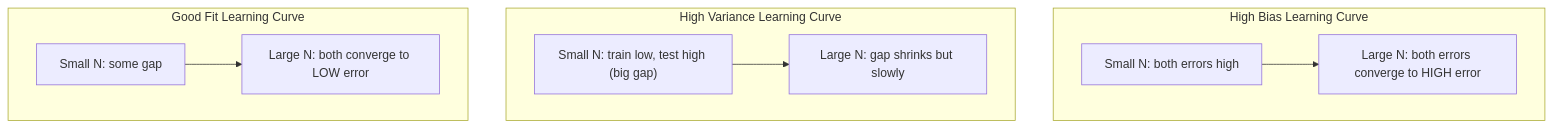
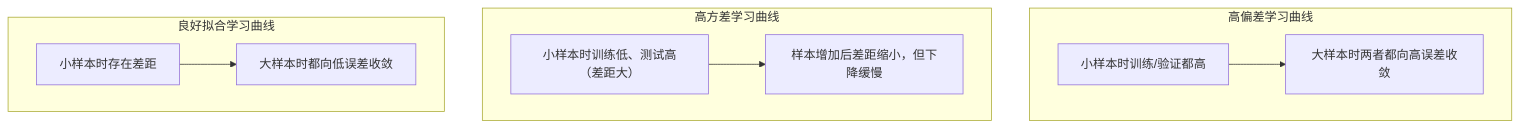
Before and after one commit to omigaZen/ai-engineering-from-scratch: the fourth of 5 diagrams in phases/02-ml-fundamentals/10-bias-variance/docs/zh.md, drawn with Mermaid. The commit also changed other lines of this file, not shown here.

````diff
--- a/phases/02-ml-fundamentals/10-bias-variance/docs/zh.md
+++ b/phases/02-ml-fundamentals/10-bias-variance/docs/zh.md
@@ -220,23 +201,23 @@
 ```mermaid
 flowchart TD
-    subgraph HB["High Bias Learning Curve"]
+    subgraph HB["高偏差学习曲线"]
         direction LR
-        HB1["Small N: both errors high"]
-        HB2["Large N: both errors converge to HIGH error"]
+        HB1["小样本时训练/验证都高"]
+        HB2["大样本时两者都向高误差收敛"]
         HB1 --> HB2
     end
 
-    subgraph HV["High Variance Learning Curve"]
+    subgraph HV["高方差学习曲线"]
         direction LR
-        HV1["Small N: train low, test high (big gap)"]
-        HV2["Large N: gap shrinks but slowly"]
+        HV1["小样本时训练低、测试高（差距大）"]
+        HV2["样本增加后差距缩小，但下降缓慢"]
         HV1 --> HV2
     end
 
-    subgraph GF["Good Fit Learning Curve"]
+    subgraph GF["良好拟合学习曲线"]
         direction LR
-        GF1["Small N: some gap"]
-        GF2["Large N: both converge to LOW error"]
+        GF1["小样本时存在差距"]
+        GF2["大样本时都向低误差收敛"]
         GF1 --> GF2
     end
 ```
````
